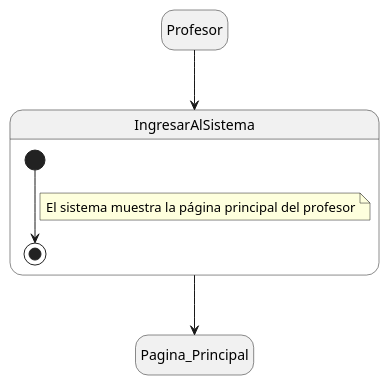
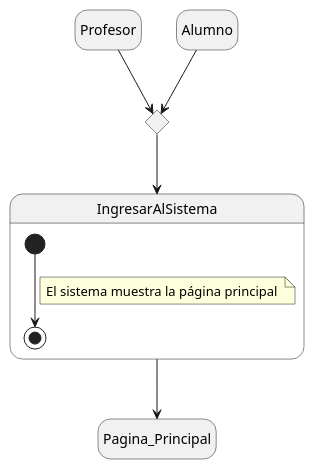
Before and after one commit to mmasias/24-25-IdSw1-SDR: the diagram in Documentos/DetallarCasosDeUso/Profesor/IngresarAlSistema.puml, drawn with PlantUML. The commit also changed 1 other file, not shown here.

Commit message:
Ingresar al sistema

```diff
--- a/Documentos/DetallarCasosDeUso/Profesor/IngresarAlSistema.puml
+++ b/Documentos/DetallarCasosDeUso/Profesor/IngresarAlSistema.puml
@@ -1,17 +1,20 @@
 @startuml IngresarAlSistema
 
 hide empty description
 
 state Profesor 
+state choice <<choice>>
 state Pagina_Principal
 state IngresarAlSistema{
     [*] --> [*]
     note on link
-        El sistema muestra la página principal del profesor
+        El sistema muestra la página principal 
     end note
 }
 
-Profesor --> IngresarAlSistema
+Profesor --> choice
+Alumno --> choice
+choice --> IngresarAlSistema
 IngresarAlSistema --> Pagina_Principal
 
 @enduml
```
